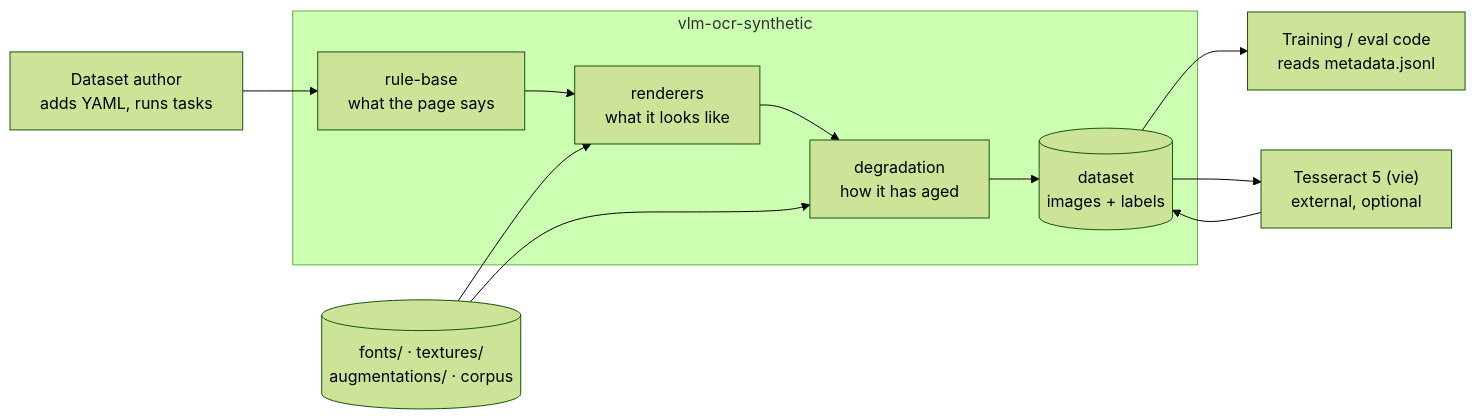
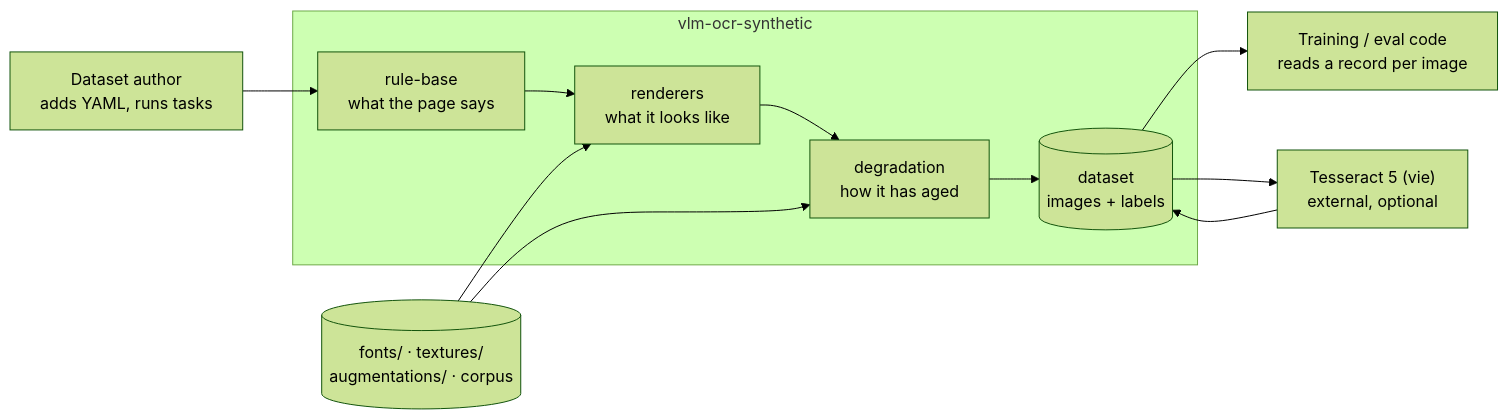
One commit to LinhPhuong14/vlm-ocr-synthetic changed the first of 9 diagrams in README.md. Above: the diagram before and after it, drawn with Mermaid (forest theme). The commit also changed other lines of this file and 350 other files, not shown here.

First line of the commit message:
metadata: one record per image, named after it, instead of one index per set

````diff
--- a/README.md
+++ b/README.md
@@ -68,22 +68,22 @@
 ```mermaid
 flowchart LR
     author["Dataset author<br/>adds YAML, runs tasks"]
-    consumer["Training / eval code<br/>reads metadata.jsonl"]
+    consumer["Training / eval code<br/>reads a record per image"]
 
     subgraph repo["vlm-ocr-synthetic"]
         rb["rule-base<br/>what the page says"]
         gen["renderers<br/>what it looks like"]
         deg["degradation<br/>how it has aged"]
         out[("dataset<br/>images + labels")]
     end
 
     assets[("fonts/ · textures/<br/>augmentations/ · corpus")]
     tess["Tesseract 5 (vie)<br/>external, optional"]
 
     author --> rb
     rb --> gen --> deg --> out
     assets --> gen
     assets --> deg
     out --> consumer
     out --> tess --> out
 ```
````
